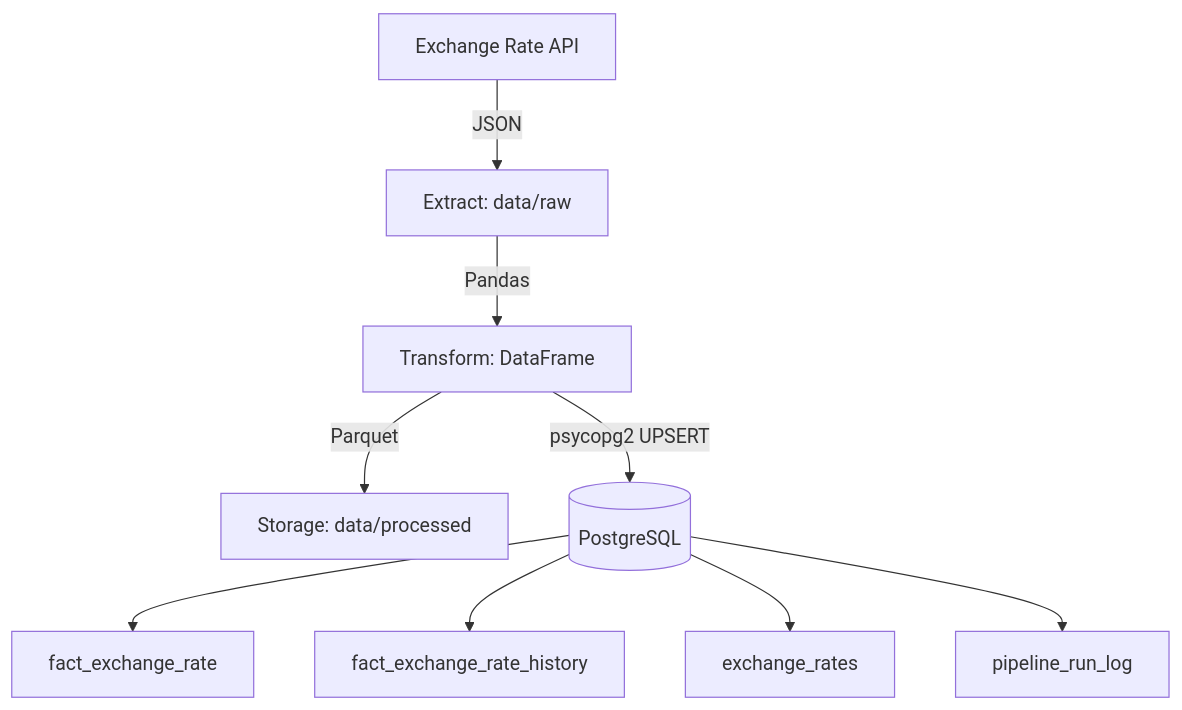
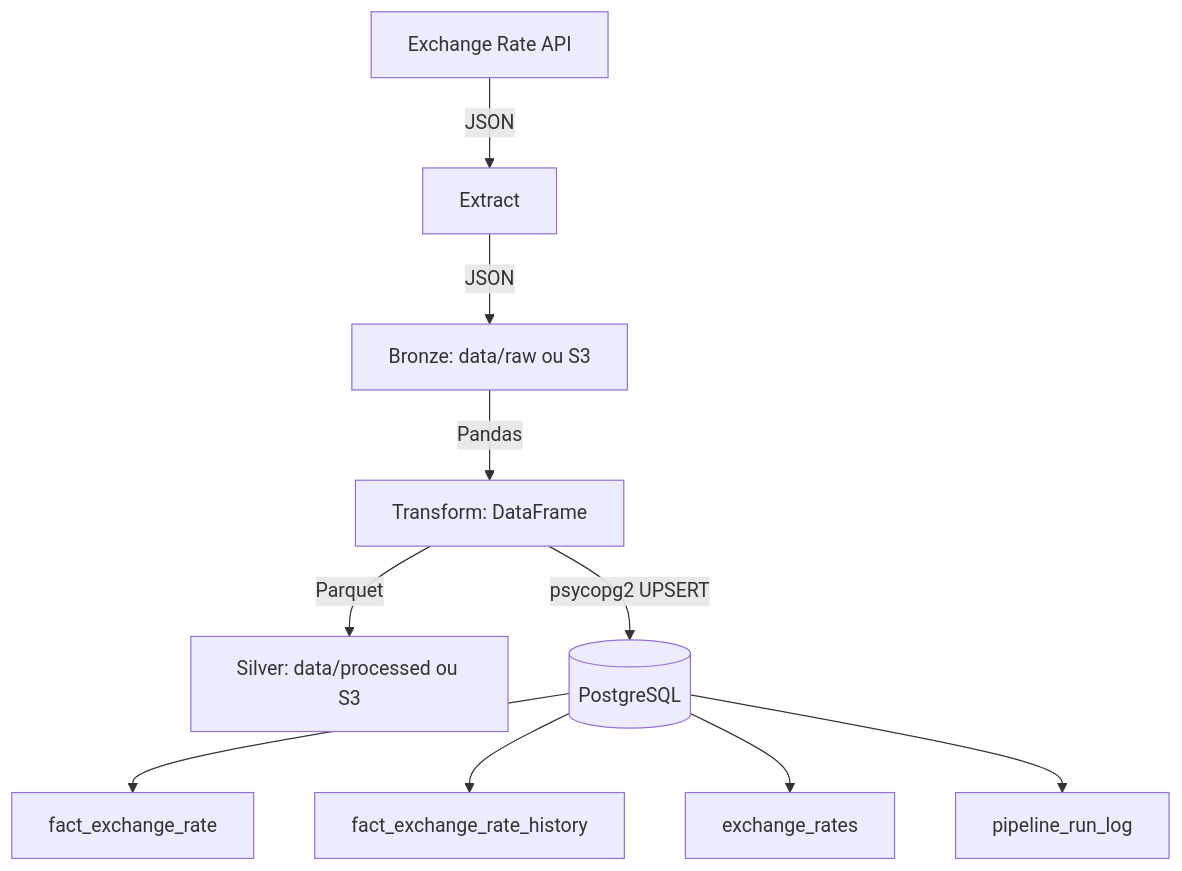
Before and after one commit to eduardo-wenzel/brics-currency-data-pipeline: the diagram in README.md, drawn with Mermaid. The commit also changed other lines of this file and 9 other files, not shown here.

First line of the commit message:
Add S3 data lake storage support

````diff
--- a/README.md
+++ b/README.md
@@ -28,12 +30,13 @@
 ```mermaid
 graph TD
-    A[Exchange Rate API] -->|JSON| B[Extract: data/raw]
-    B -->|Pandas| C[Transform: DataFrame]
-    C -->|Parquet| D[Storage: data/processed]
-    C -->|psycopg2 UPSERT| E[(PostgreSQL)]
+    A[Exchange Rate API] -->|JSON| B[Extract]
+    B -->|JSON| C[Bronze: data/raw ou S3]
+    C -->|Pandas| D[Transform: DataFrame]
+    D -->|Parquet| E[Silver: data/processed ou S3]
+    D -->|psycopg2 UPSERT| F[(PostgreSQL)]
 
-    E --> F[fact_exchange_rate]
-    E --> G[fact_exchange_rate_history]
-    E --> H[exchange_rates]
-    E --> I[pipeline_run_log]
+    F --> G[fact_exchange_rate]
+    F --> H[fact_exchange_rate_history]
+    F --> I[exchange_rates]
+    F --> J[pipeline_run_log]
 ```
````
